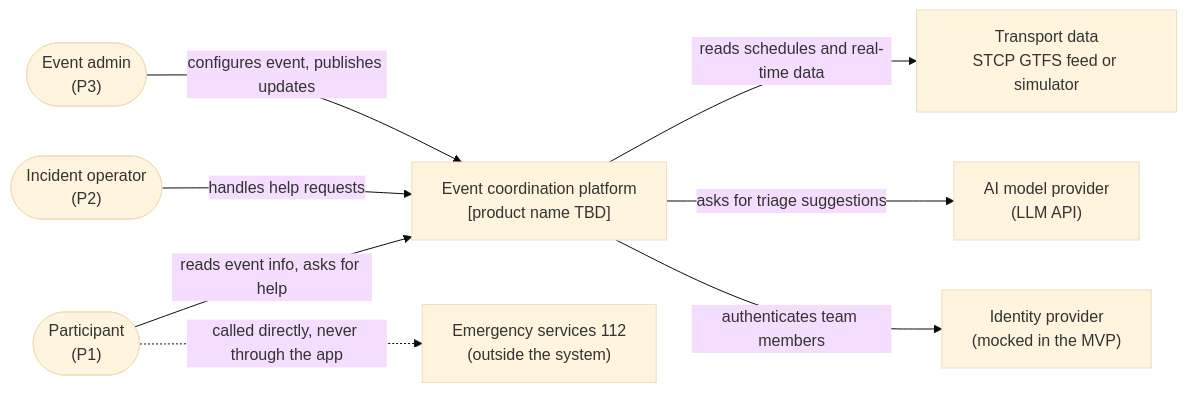
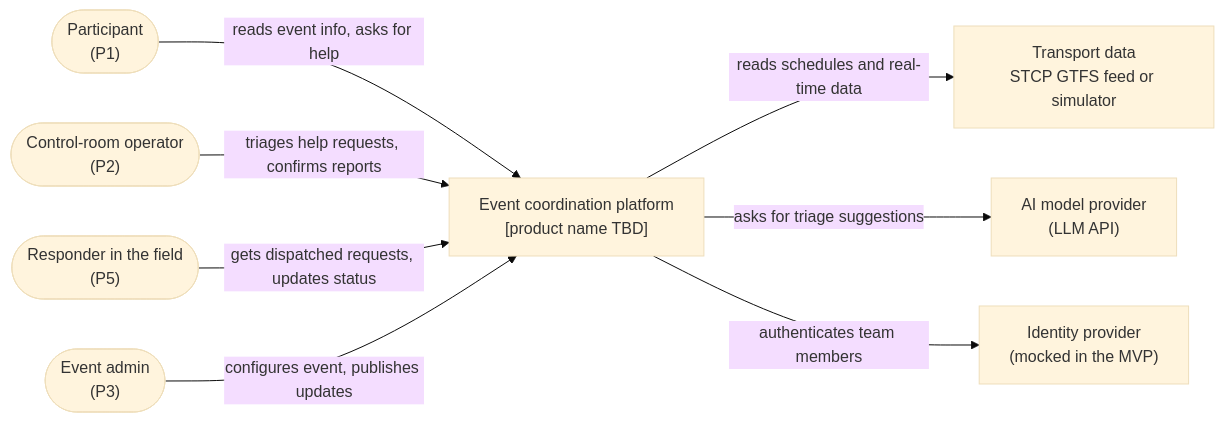
The first of 3 diagrams in Docs/Technical/architecture.md (tomasoliveira21/LABDSOF), drawn with Mermaid (base theme) before and after one commit. The commit also changed other lines of this file and 12 other files, not shown here.

````diff
--- a/Docs/Technical/architecture.md
+++ b/Docs/Technical/architecture.md
@@ -25,19 +25,19 @@
 ```mermaid
 flowchart LR
     P(["Participant<br/>(P1)"])
-    O(["Incident operator<br/>(P2)"])
+    O(["Control-room operator<br/>(P2)"])
+    R(["Responder in the field<br/>(P5)"])
     A(["Event admin<br/>(P3)"])
     SYS["Event coordination platform<br/>[product name TBD]"]
     TR["Transport data<br/>STCP GTFS feed or simulator"]
     LLM["AI model provider<br/>(LLM API)"]
     IDP["Identity provider<br/>(mocked in the MVP)"]
-    EM["Emergency services 112<br/>(outside the system)"]
 
     P -- "reads event info, asks for help" --> SYS
-    O -- "handles help requests" --> SYS
+    O -- "triages help requests, confirms reports" --> SYS
+    R -- "gets dispatched requests, updates status" --> SYS
     A -- "configures event, publishes updates" --> SYS
     SYS -- "reads schedules and real-time data" --> TR
     SYS -- "asks for triage suggestions" --> LLM
     SYS -- "authenticates team members" --> IDP
-    P -. "called directly, never through the app" .-> EM
 ```
````
